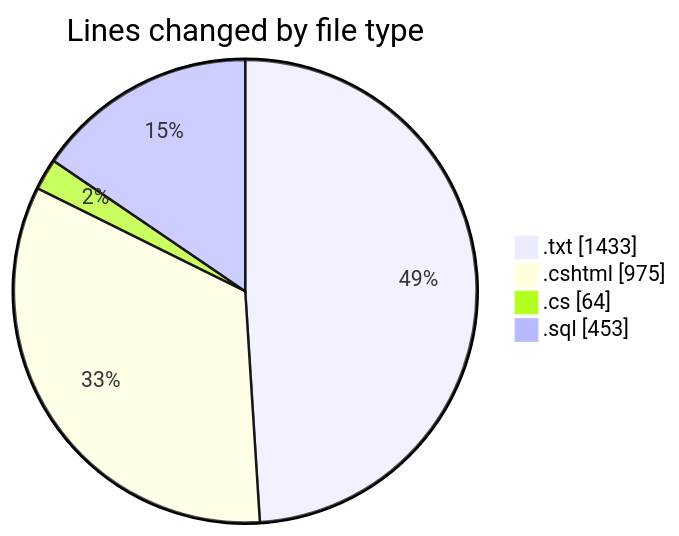
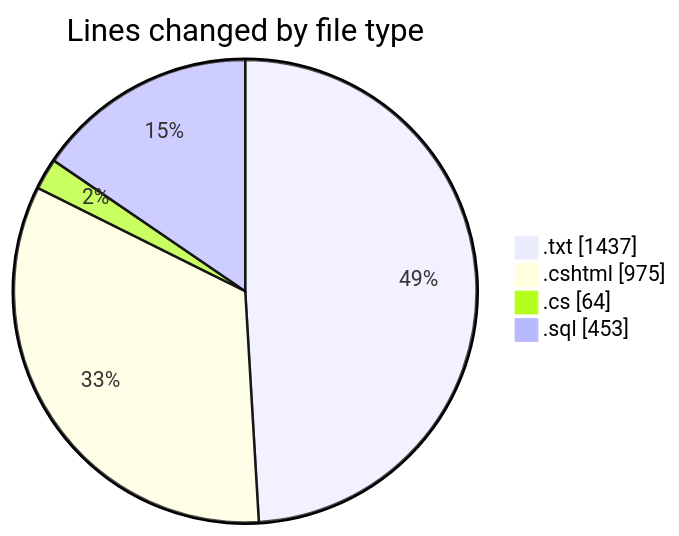
Before and after one commit to lephambinh05/code-tracking: the first of 2 diagrams in 2025-07-25/quanlyrapchieuphim-1/README.md, drawn with Mermaid. The commit also changed other lines of this file and 1 other file, not shown here.

````diff
--- a/2025-07-25/quanlyrapchieuphim-1/README.md
+++ b/2025-07-25/quanlyrapchieuphim-1/README.md
@@ -25,8 +25,8 @@
 ```mermaid
 pie showData
 title Lines changed by file type
-".txt" : 1433
+".txt" : 1437
 ".cshtml" : 975
 ".cs" : 64
 ".sql" : 453
 ```
````
